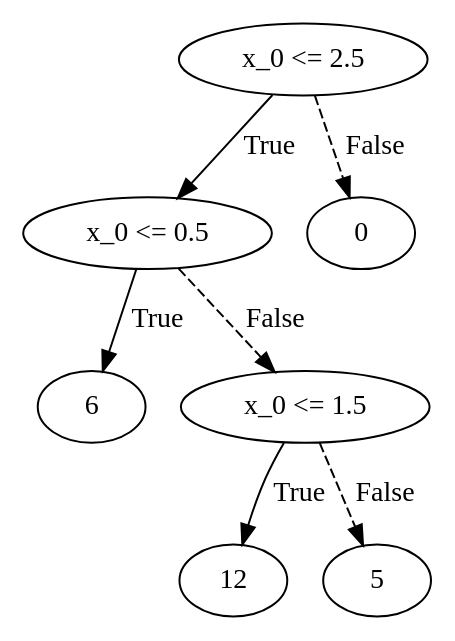
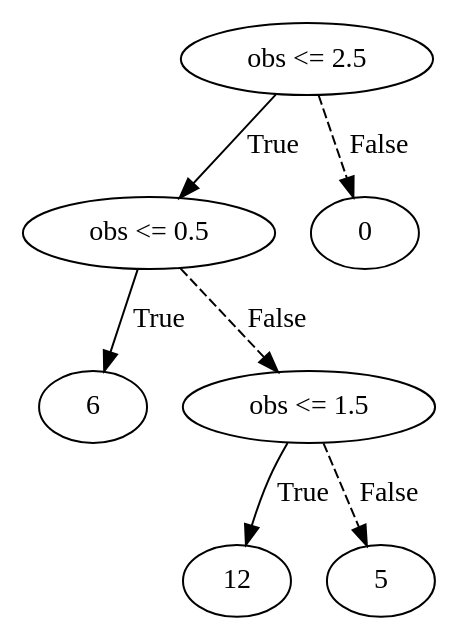
One commit to muqsit-azeem/pomdp-explainable-strategies changed the diagram in quantitative/explainable-fsc/query-s2-cutoffstrategy/memory-transitions/0/default.dot. Above: the diagram before and after it, drawn with Graphviz. The commit also changed 1006 other files, not shown here.

```diff
--- a/quantitative/explainable-fsc/query-s2-cutoffstrategy/memory-transitions/0/default.dot
+++ b/quantitative/explainable-fsc/query-s2-cutoffstrategy/memory-transitions/0/default.dot
@@ -1,16 +1,16 @@
 digraph {
-0 [label="x_0 <= 2.5"];
-1 [label="x_0 <= 0.5"];
+0 [label="obs <= 2.5"];
+1 [label="obs <= 0.5"];
 2 [label="6"];
 1 -> 2 [label="True"];
-3 [label="x_0 <= 1.5"];
+3 [label="obs <= 1.5"];
 4 [label="12"];
 3 -> 4 [label="True"];
 5 [label="5"];
 3 -> 5 [style="dashed", label="False"];
 1 -> 3 [style="dashed", label="False"];
 0 -> 1 [label="True"];
 6 [label="0"];
 0 -> 6 [style="dashed", label="False"];
 
 }
```
